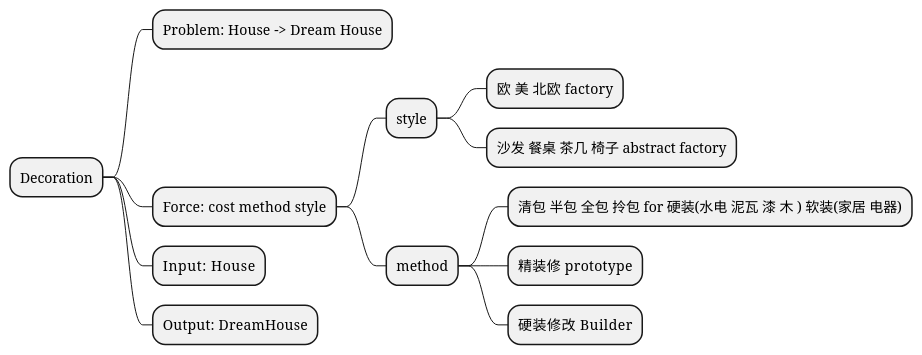
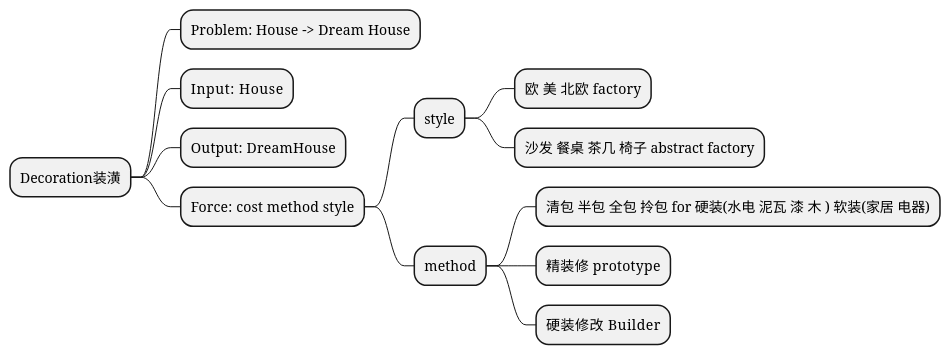
One commit to alphajayGithub/devDemos changed the diagram in dev_demo/designPattern/_UML_/creational_mindmap.puml. Above: the diagram before and after it, drawn with PlantUML. The commit also changed 6 other files, not shown here.

```diff
--- a/dev_demo/designPattern/_UML_/creational_mindmap.puml
+++ b/dev_demo/designPattern/_UML_/creational_mindmap.puml
@@ -1,16 +1,17 @@
 @startmindmap
-*   Decoration
+*   Decoration装潢
 
 ** Problem:  House -> Dream House
+** Input:   House
+** Output:  DreamHouse
 ** Force:  cost method style
 *** style
 **** 欧 美 北欧  factory
 **** 沙发 餐桌 茶几 椅子 abstract factory
 *** method
 **** 清包 半包 全包 拎包 for 硬装(水电 泥瓦 漆 木 ) 软装(家居 电器)
 **** 精装修  prototype
 **** 硬装修改   Builder
-** Input:   House
-** Output:  DreamHouse
+
 
 @endmindmap
```
